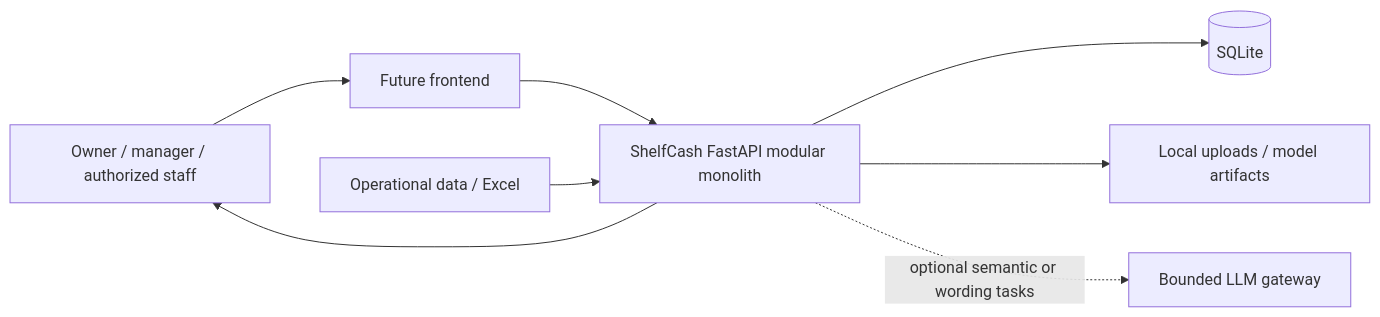
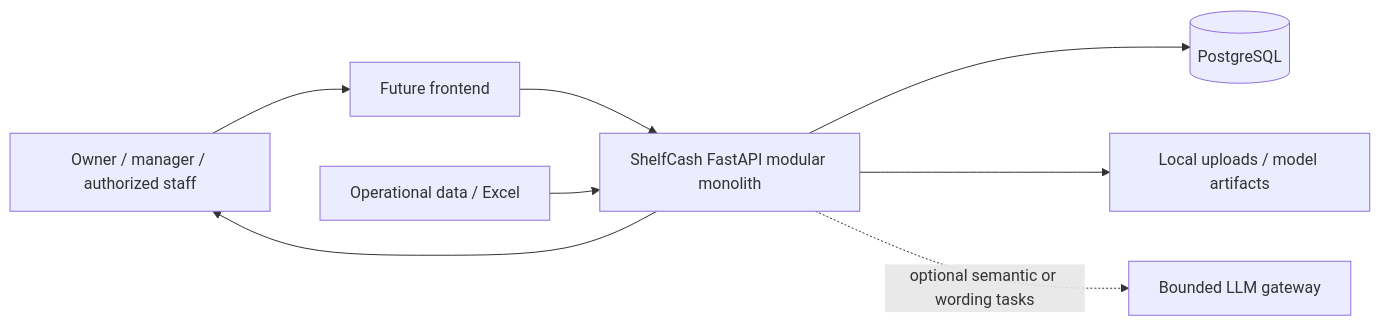
The first of 4 diagrams in docs/ARCHITECTURE.md (trankhanhnamhoccode/MLAI_backend), drawn with Mermaid before and after one commit. The commit also changed other lines of this file and 31 other files, not shown here.

Commit message:
refactor(db): changing backend db from SQLite to PostgreSQL

````diff
--- a/docs/ARCHITECTURE.md
+++ b/docs/ARCHITECTURE.md
@@ -16,10 +16,10 @@
 ```mermaid
 flowchart LR
     Human[Owner / manager / authorized staff] --> UI[Future frontend]
     UI --> BE[ShelfCash FastAPI modular monolith]
     Files[Operational data / Excel] --> BE
-    BE --> DB[(SQLite)]
+    BE --> DB[(PostgreSQL)]
     BE --> Storage[Local uploads / model artifacts]
     BE -. optional semantic or wording tasks .-> LLM[Bounded LLM gateway]
     BE --> Human
 ```
````
